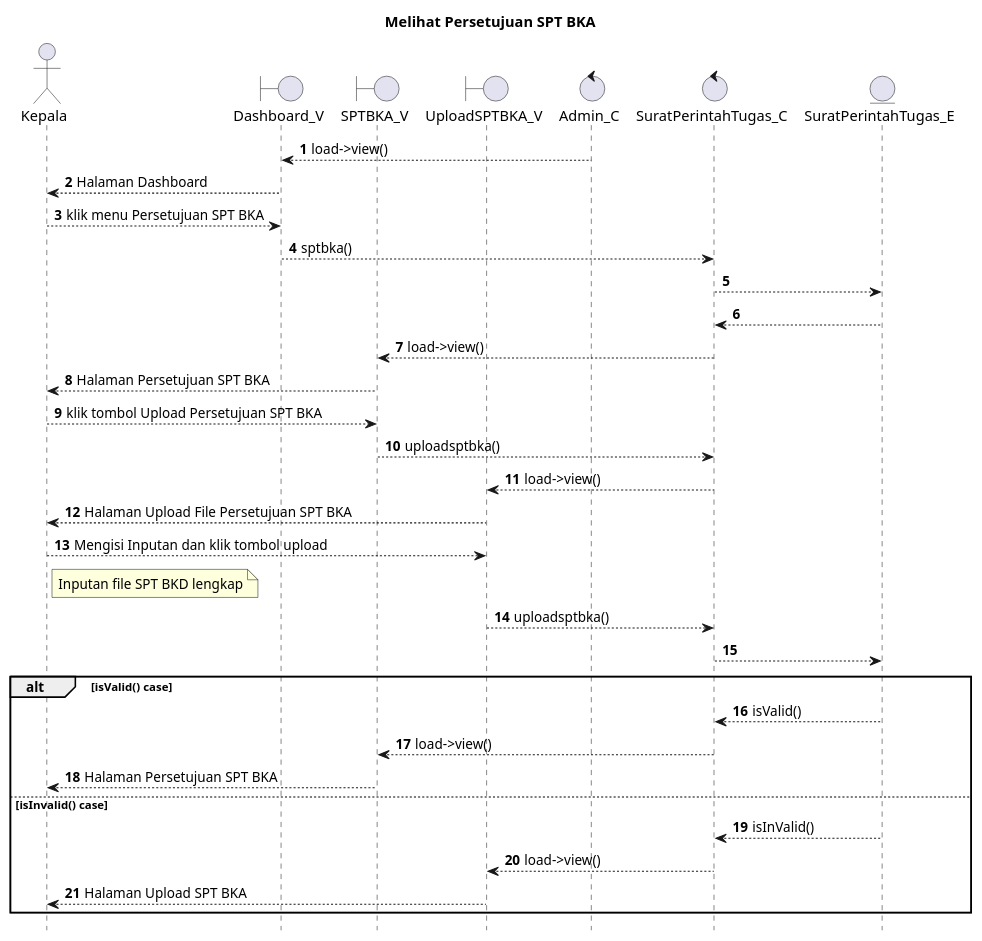
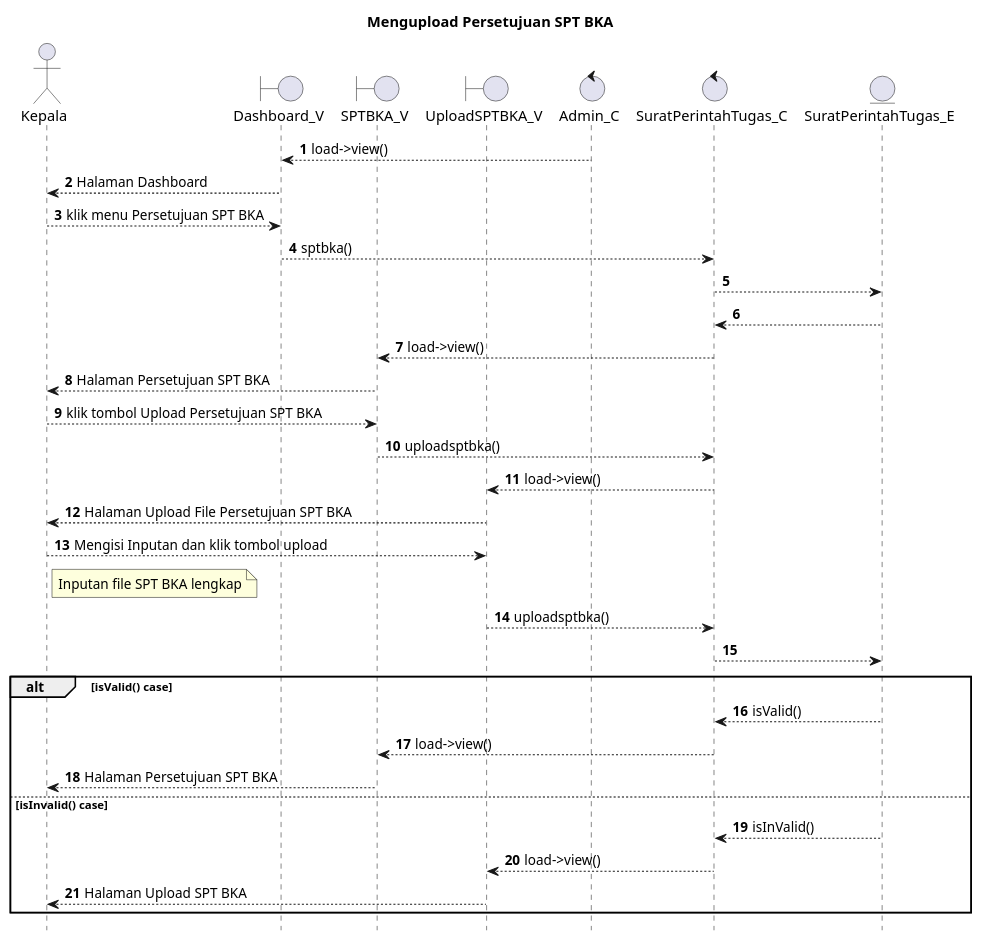
The diagram in SELAIN SISTEM/UML/SEQUENCE/kepala/UploadPersetujuanSPTBKA.puml (kurniado729/sistem_kp), drawn with PlantUML before and after one commit. The commit also changed 18 other files, not shown here.

```diff
--- a/SELAIN SISTEM/UML/SEQUENCE/kepala/UploadPersetujuanSPTBKA.puml
+++ b/SELAIN SISTEM/UML/SEQUENCE/kepala/UploadPersetujuanSPTBKA.puml
@@ -1,49 +1,49 @@
 @startuml
 
 autonumber
 hide footbox
-title Melihat Persetujuan SPT BKA
+title Mengupload Persetujuan SPT BKA
 
 Actor Kepala
 boundary Dashboard_V
 boundary SPTBKA_V
 boundary UploadSPTBKA_V
 control Admin_C
 control SuratPerintahTugas_C
 Entity SuratPerintahTugas_E
 
 Admin_C --> Dashboard_V: load->view()
 Dashboard_V --> Kepala: Halaman Dashboard
 Kepala --> Dashboard_V: klik menu Persetujuan SPT BKA
 Dashboard_V --> SuratPerintahTugas_C: sptbka()
 SuratPerintahTugas_C --> SuratPerintahTugas_E:
     
     SuratPerintahTugas_E --> SuratPerintahTugas_C:
     SuratPerintahTugas_C --> SPTBKA_V: load->view()
     SPTBKA_V --> Kepala: Halaman Persetujuan SPT BKA
 
 Kepala --> SPTBKA_V: klik tombol Upload Persetujuan SPT BKA
 SPTBKA_V --> SuratPerintahTugas_C: uploadsptbka()
 SuratPerintahTugas_C --> UploadSPTBKA_V: load->view()
 UploadSPTBKA_V --> Kepala: Halaman Upload File Persetujuan SPT BKA
 
 Kepala --> UploadSPTBKA_V: Mengisi Inputan dan klik tombol upload
     note right of Kepala
-        Inputan file SPT BKD lengkap
+        Inputan file SPT BKA lengkap
             end note
 UploadSPTBKA_V --> SuratPerintahTugas_C: uploadsptbka()
 SuratPerintahTugas_C --> SuratPerintahTugas_E:
 
 alt isValid() case
     
     SuratPerintahTugas_E --> SuratPerintahTugas_C: isValid()
     SuratPerintahTugas_C --> SPTBKA_V: load->view()
     SPTBKA_V --> Kepala: Halaman Persetujuan SPT BKA
 
 else isInvalid() case
     
     SuratPerintahTugas_E --> SuratPerintahTugas_C: isInValid()
     SuratPerintahTugas_C --> UploadSPTBKA_V: load->view()
     UploadSPTBKA_V --> Kepala: Halaman Upload SPT BKA
 end
 @enduml
```
